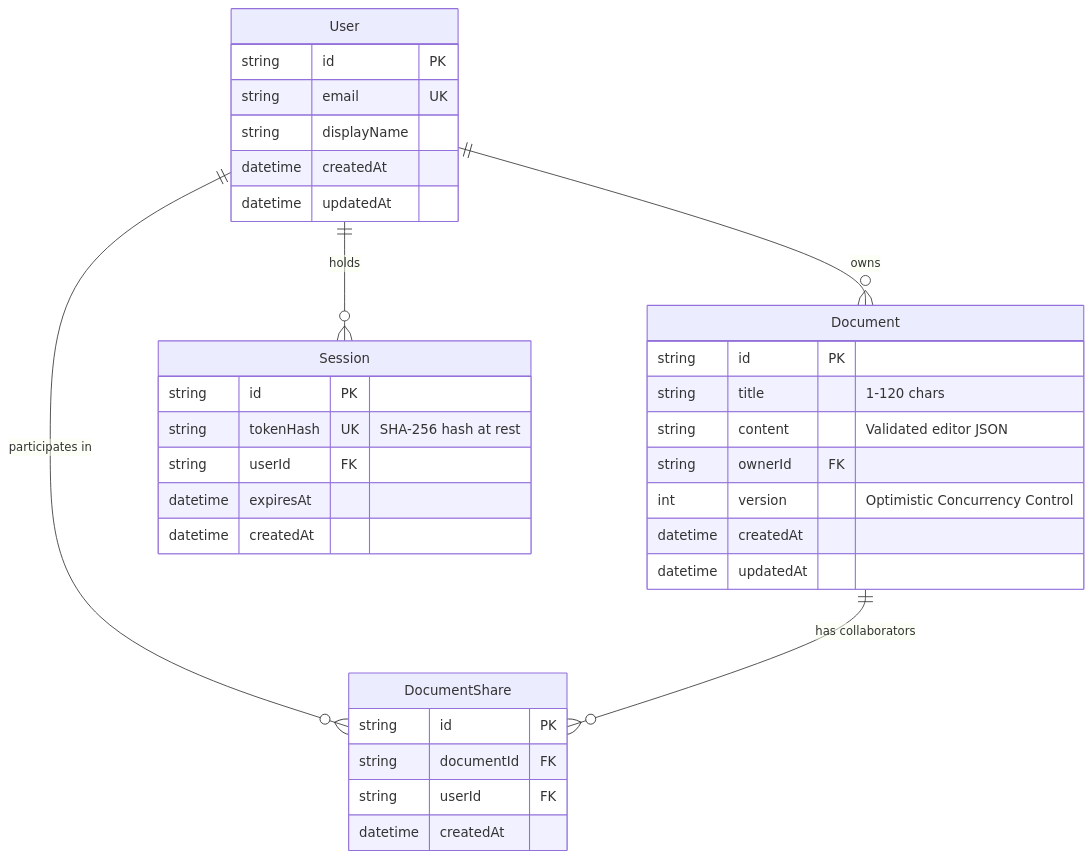
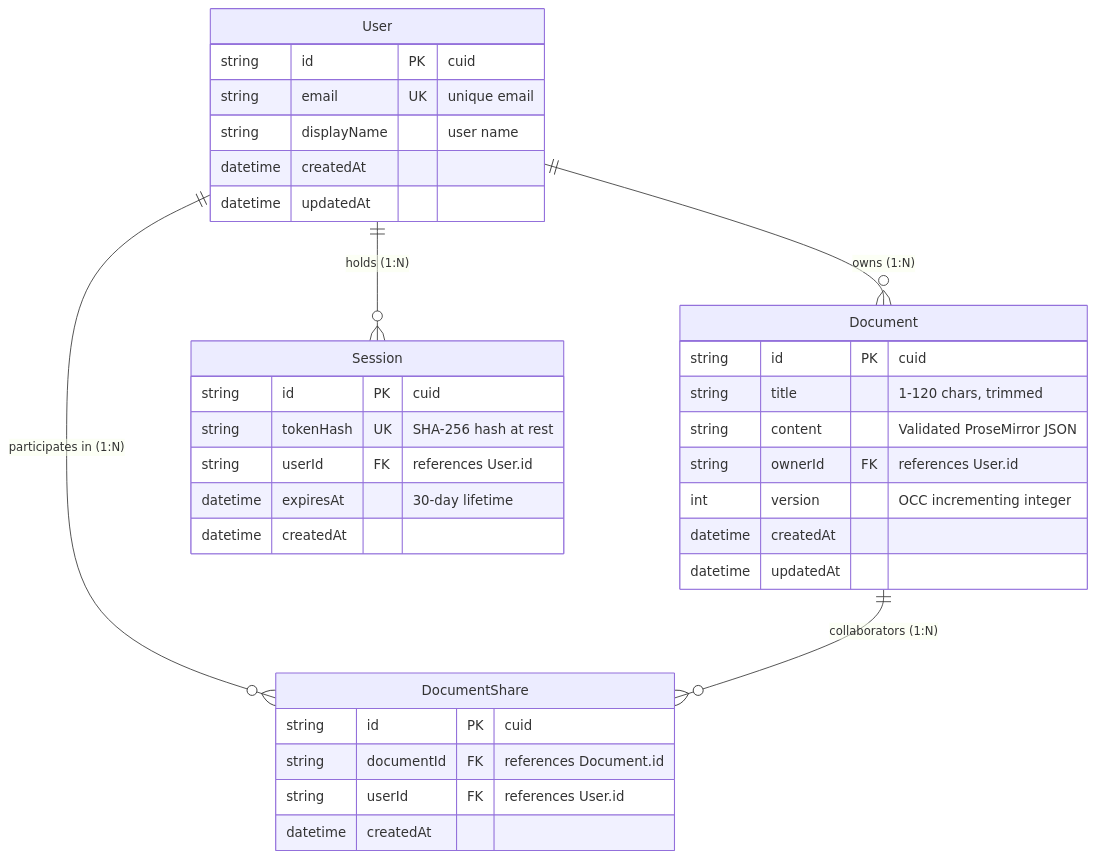
Before and after one commit to vishant8491/DraftSpace: the second of 3 diagrams in ARCHITECTURE.md, drawn with Mermaid. The commit also changed other lines of this file and 5 other files, not shown here.

Commit message:
docs: finalize README, ARCHITECTURE, AI_WORKFLOW, SUBMISSION, and WALKTHROUGH documentation

````diff
--- a/ARCHITECTURE.md
+++ b/ARCHITECTURE.md
@@ -53,40 +68,40 @@
 ```mermaid
 erDiagram
-    User ||--o{ Document : "owns"
-    User ||--o{ DocumentShare : "participates in"
-    User ||--o{ Session : "holds"
-    Document ||--o{ DocumentShare : "has collaborators"
+    User ||--o{ Document : "owns (1:N)"
+    User ||--o{ DocumentShare : "participates in (1:N)"
+    User ||--o{ Session : "holds (1:N)"
+    Document ||--o{ DocumentShare : "collaborators (1:N)"
 
     User {
-        string id PK
-        string email UK
-        string displayName
+        string id PK "cuid"
+        string email UK "unique email"
+        string displayName "user name"
         datetime createdAt
         datetime updatedAt
     }
 
     Session {
-        string id PK
+        string id PK "cuid"
         string tokenHash UK "SHA-256 hash at rest"
-        string userId FK
-        datetime expiresAt
+        string userId FK "references User.id"
+        datetime expiresAt "30-day lifetime"
         datetime createdAt
     }
 
     Document {
-        string id PK
-        string title "1-120 chars"
-        string content "Validated editor JSON"
-        string ownerId FK
-        int version "Optimistic Concurrency Control"
+        string id PK "cuid"
+        string title "1-120 chars, trimmed"
+        string content "Validated ProseMirror JSON"
+        string ownerId FK "references User.id"
+        int version "OCC incrementing integer"
         datetime createdAt
         datetime updatedAt
     }
 
     DocumentShare {
-        string id PK
-        string documentId FK
-        string userId FK
+        string id PK "cuid"
+        string documentId FK "references Document.id"
+        string userId FK "references User.id"
         datetime createdAt
     }
 ```
````
